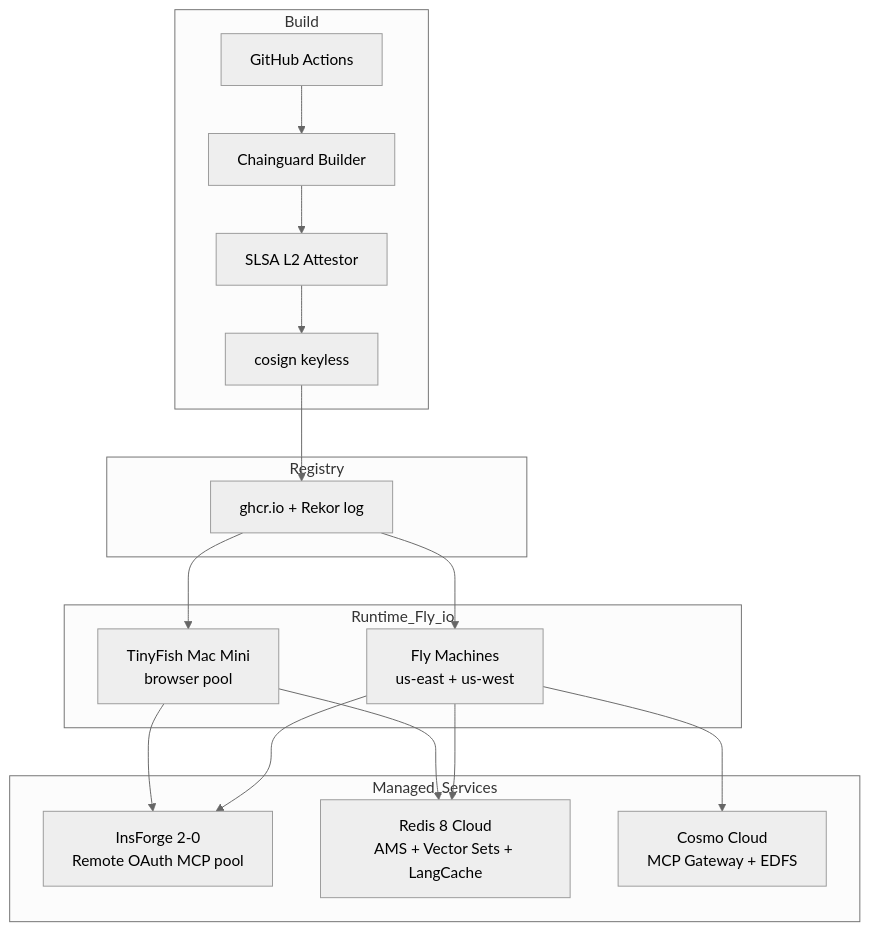
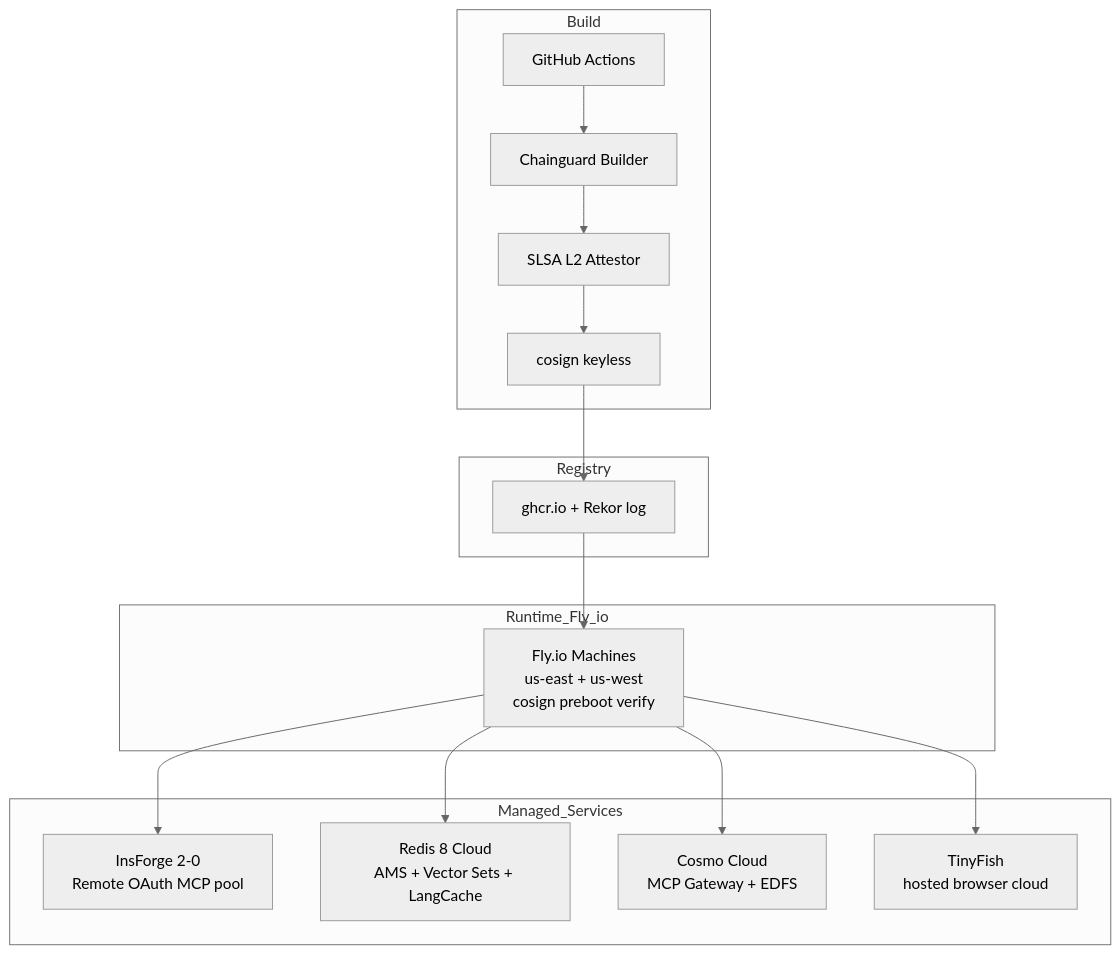
One commit to nihalnihalani/understudy changed the eighth of 9 diagrams in architecture.md. Above: the diagram before and after it, drawn with Mermaid (neutral theme). The commit also changed other lines of this file and 23 other files, not shown here.

First line of the commit message:
chore(supply-chain): drop Mac Mini runtime + wire Chainguard Libraries

````diff
--- a/architecture.md
+++ b/architecture.md
@@ -500,33 +500,31 @@
 ```mermaid
 flowchart TB
     subgraph Build
         GH[GitHub Actions]
         CG[Chainguard Builder]
         SLSA[SLSA L2 Attestor]
         CS[cosign keyless]
     end
 
     subgraph Registry
         GHCR[ghcr.io + Rekor log]
     end
 
     subgraph Runtime_Fly_io
-        MACH[Fly Machines<br/>us-east + us-west]
-        MM[TinyFish Mac Mini<br/>browser pool]
+        MACH[Fly.io Machines<br/>us-east + us-west<br/>cosign preboot verify]
     end
 
     subgraph Managed_Services
         INS[InsForge 2-0<br/>Remote OAuth MCP pool]
         R8[Redis 8 Cloud<br/>AMS + Vector Sets + LangCache]
         COSMO[Cosmo Cloud<br/>MCP Gateway + EDFS]
+        TF[TinyFish<br/>hosted browser cloud]
     end
 
     GH --> CG --> SLSA --> CS --> GHCR
     GHCR --> MACH
-    GHCR --> MM
     MACH --> INS
     MACH --> R8
     MACH --> COSMO
-    MM --> INS
-    MM --> R8
+    MACH --> TF
 ```
````
